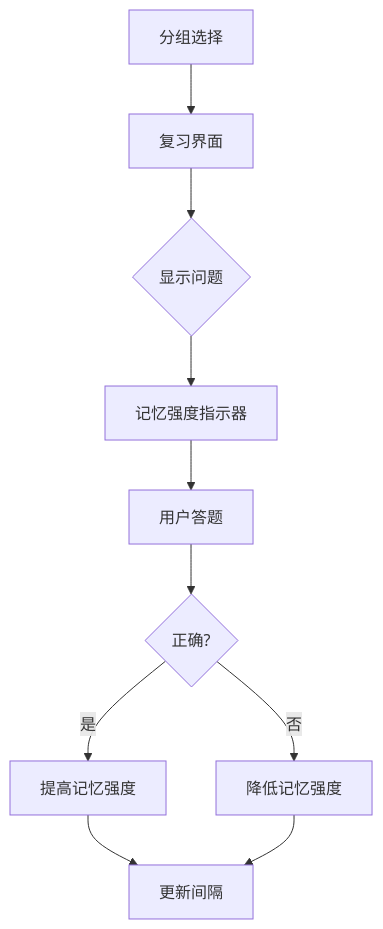
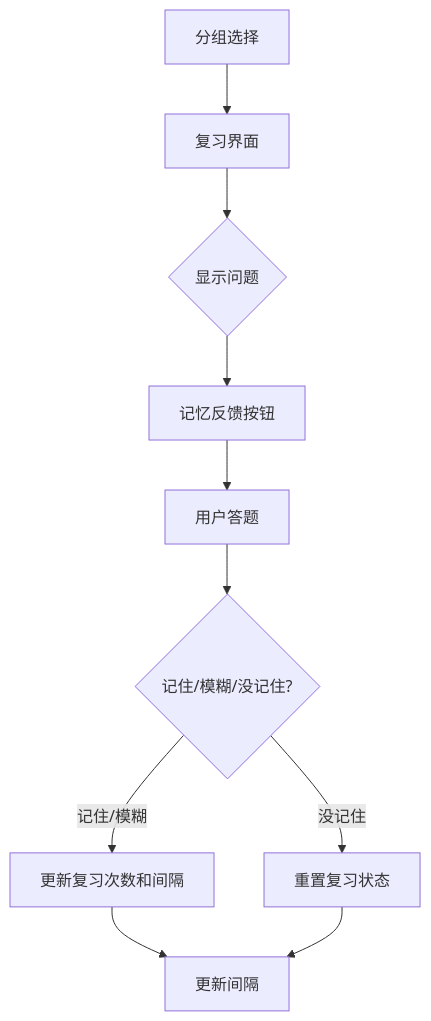
The third of 3 diagrams in README.md (ziwend/ReviewMaster), drawn with Mermaid before and after one commit. The commit also changed other lines of this file and 13 other files, not shown here.

````diff
--- a/README.md
+++ b/README.md
@@ -172,12 +149,12 @@
 ```mermaid
 graph TD
     A[分组选择] --> B[复习界面]
     B --> C{显示问题}
-    C --> D[记忆强度指示器]
+    C --> D[记忆反馈按钮]
     D --> E[用户答题]
-    E --> F{正确?}
-    F -->|是| G[提高记忆强度]
-    F -->|否| H[降低记忆强度]
+    E --> F{记住/模糊/没记住?}
+    F -->|记住/模糊| G[更新复习次数和间隔]
+    F -->|没记住| H[重置复习状态]
     G --> I[更新间隔]
     H --> I
 ```
````
